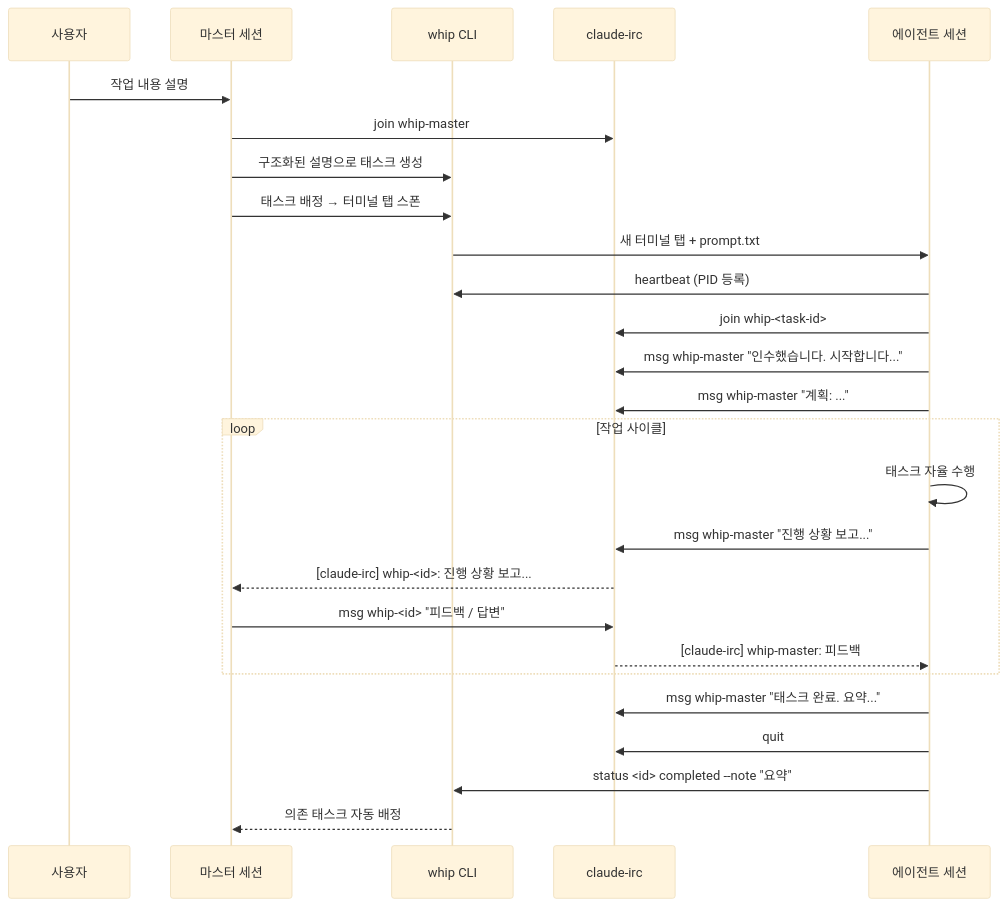
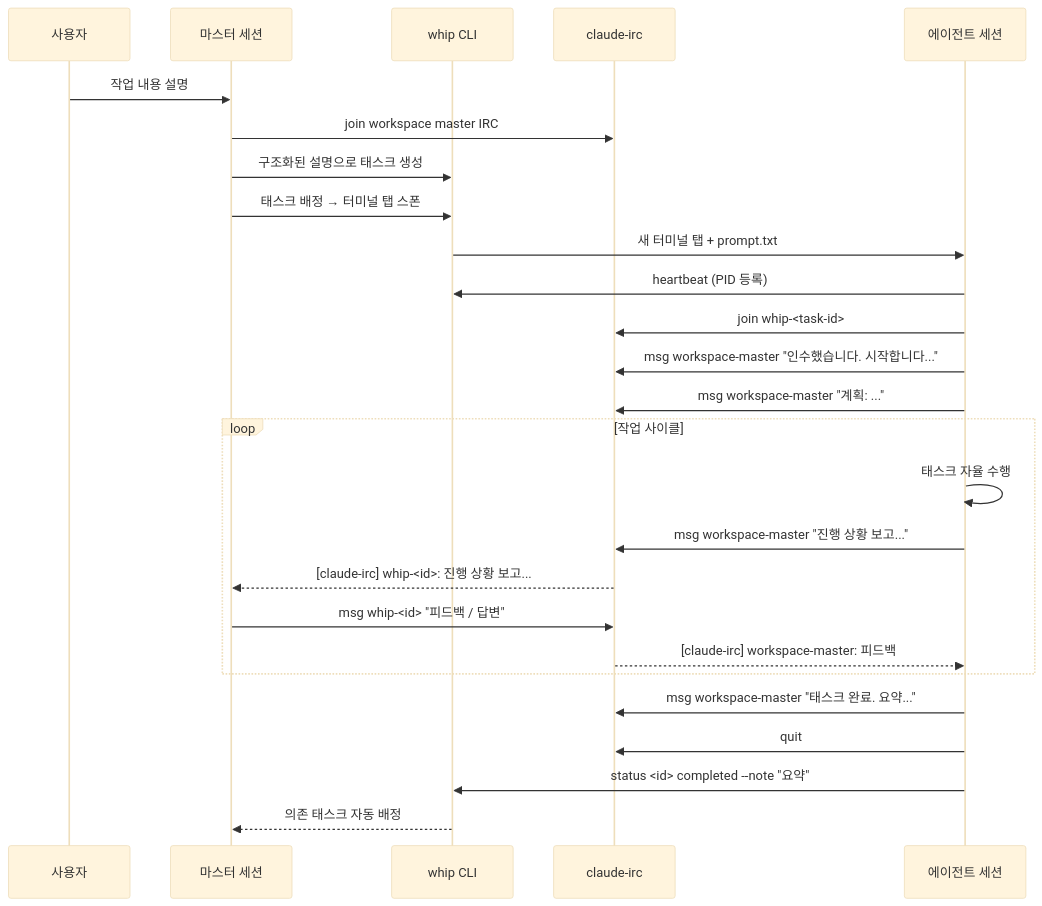
The first of 3 diagrams in whip/docs/workflow-ko.md (DongGukMon/ai-tools), drawn with Mermaid (base theme) before and after one commit. The commit also changed other lines of this file and 40 other files, not shown here.

````diff
--- a/whip/docs/workflow-ko.md
+++ b/whip/docs/workflow-ko.md
@@ -14,32 +14,32 @@
 ```mermaid
 sequenceDiagram
     participant User as 사용자
     participant Master as 마스터 세션
     participant Whip as whip CLI
     participant IRC as claude-irc
     participant Agent as 에이전트 세션
 
     User->>Master: 작업 내용 설명
-    Master->>IRC: join whip-master
+    Master->>IRC: join workspace master IRC
     Master->>Whip: 구조화된 설명으로 태스크 생성
     Master->>Whip: 태스크 배정 → 터미널 탭 스폰
     Whip->>Agent: 새 터미널 탭 + prompt.txt
 
     Agent->>Whip: heartbeat (PID 등록)
     Agent->>IRC: join whip-<task-id>
-    Agent->>IRC: msg whip-master "인수했습니다. 시작합니다..."
-    Agent->>IRC: msg whip-master "계획: ..."
+    Agent->>IRC: msg workspace-master "인수했습니다. 시작합니다..."
+    Agent->>IRC: msg workspace-master "계획: ..."
 
     loop 작업 사이클
         Agent->>Agent: 태스크 자율 수행
-        Agent->>IRC: msg whip-master "진행 상황 보고..."
+        Agent->>IRC: msg workspace-master "진행 상황 보고..."
         IRC-->>Master: [claude-irc] whip-<id>: 진행 상황 보고...
         Master->>IRC: msg whip-<id> "피드백 / 답변"
-        IRC-->>Agent: [claude-irc] whip-master: 피드백
+        IRC-->>Agent: [claude-irc] workspace-master: 피드백
     end
 
-    Agent->>IRC: msg whip-master "태스크 완료. 요약..."
+    Agent->>IRC: msg workspace-master "태스크 완료. 요약..."
     Agent->>IRC: quit
     Agent->>Whip: status <id> completed --note "요약"
     Whip-->>Master: 의존 태스크 자동 배정
 ```
````
